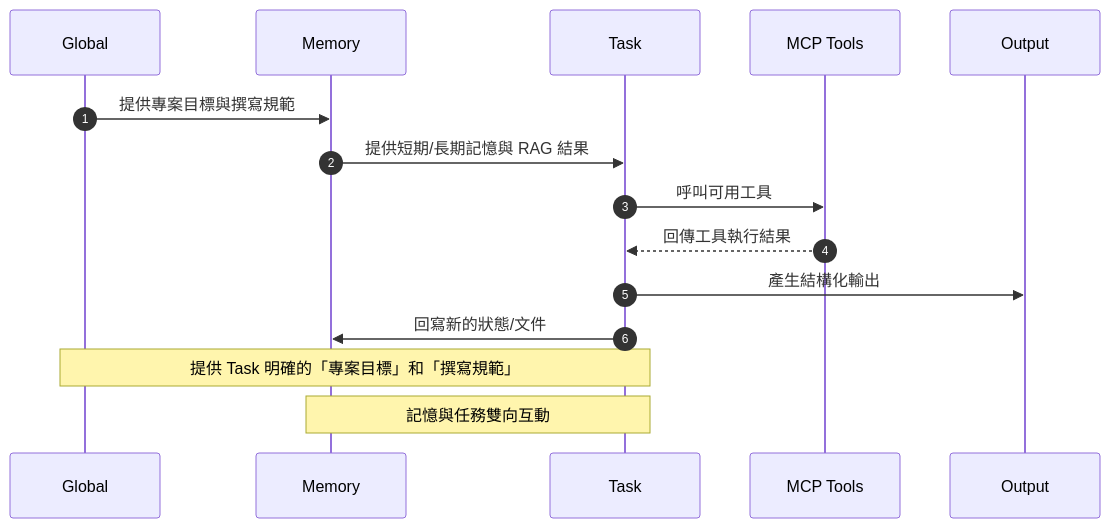
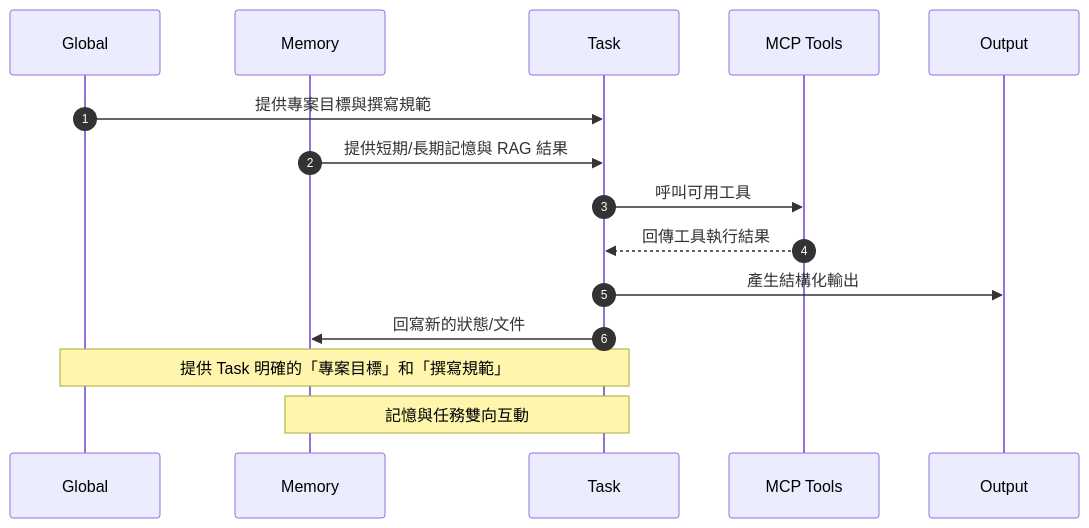
One commit to hsiangjenli/2025-it-help-ironman changed the diagram in source/challenges/day-03.md. Above: the diagram before and after it, drawn with Mermaid.

Commit message:
fix: correct participant label from Memory to Task in sequence diagram

````diff
--- a/source/challenges/day-03.md
+++ b/source/challenges/day-03.md
@@ -27,19 +27,19 @@
 ```mermaid
 sequenceDiagram
     autonumber
     participant Global
     participant Memory
     participant Task
     participant MCP_Tools as MCP Tools
     participant Output
 
-    Global->>Memory: 提供專案目標與撰寫規範
+    Global->>Task: 提供專案目標與撰寫規範
     Memory->>Task: 提供短期/長期記憶與 RAG 結果
     Task->>MCP_Tools: 呼叫可用工具
     MCP_Tools-->>Task: 回傳工具執行結果
     Task->>Output: 產生結構化輸出
     Task->>Memory: 回寫新的狀態/文件
 
     Note over Global,Task: 提供 Task 明確的「專案目標」和「撰寫規範」
     Note over Memory,Task: 記憶與任務雙向互動
 ```
````
